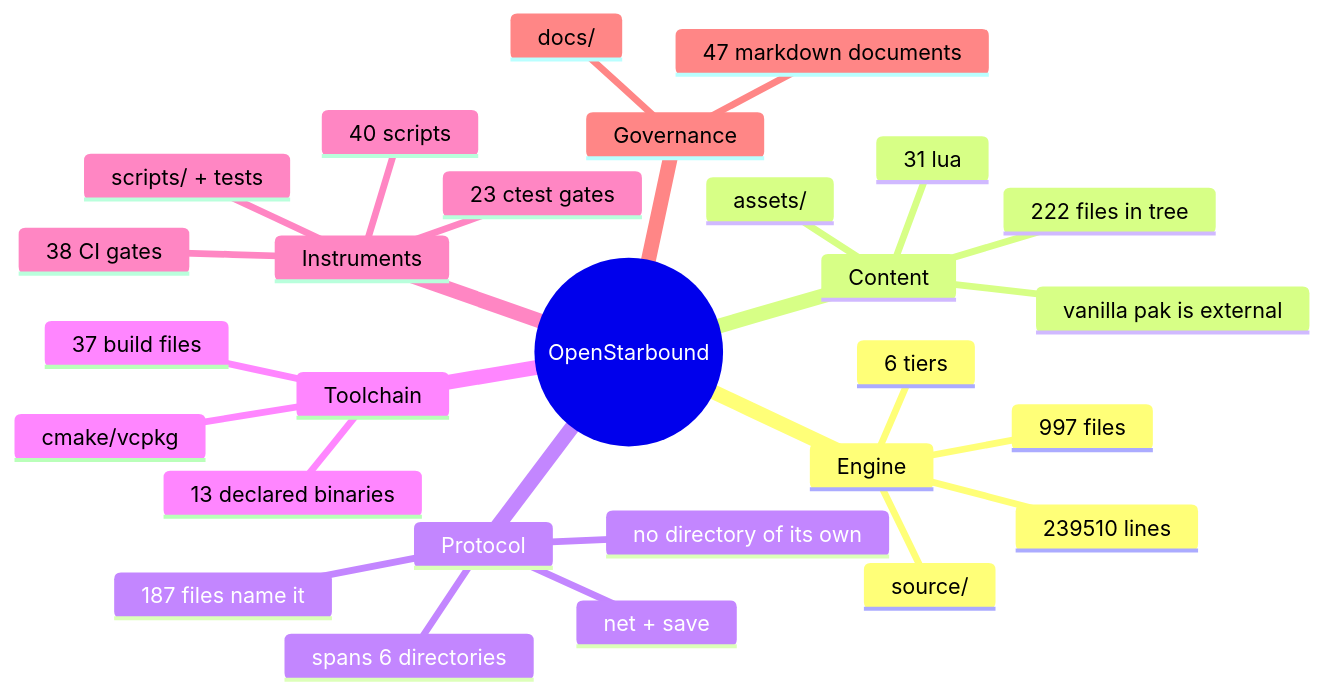
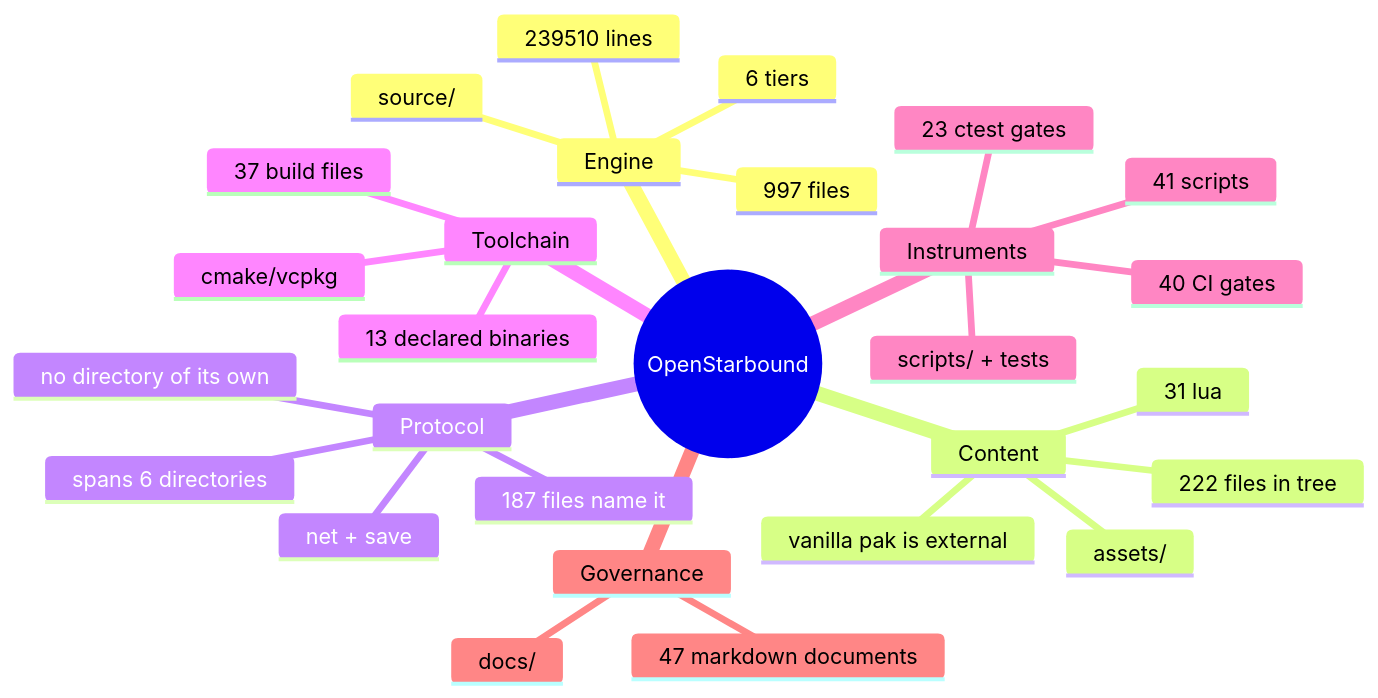
The second of 11 diagrams in docs/architecture/system-boundaries.md (apnex/OpenStarbound), drawn with Mermaid before and after one commit. The commit also changed 2 other files, not shown here.

````diff
--- a/docs/architecture/system-boundaries.md
+++ b/docs/architecture/system-boundaries.md
@@ -166,31 +166,31 @@
 ```mermaid
 mindmap
   root((OpenStarbound))
     Engine
       source/
       997 files
       239510 lines
       6 tiers
     Content
       assets/
       222 files in tree
       31 lua
       vanilla pak is external
     Protocol
       net + save
       187 files name it
       spans 6 directories
       no directory of its own
     Toolchain
       cmake/vcpkg
       37 build files
       13 declared binaries
     Instruments
       scripts/ + tests
-      40 scripts
+      41 scripts
       23 ctest gates
-      38 CI gates
+      40 CI gates
     Governance
       docs/
       47 markdown documents
 ```
````
